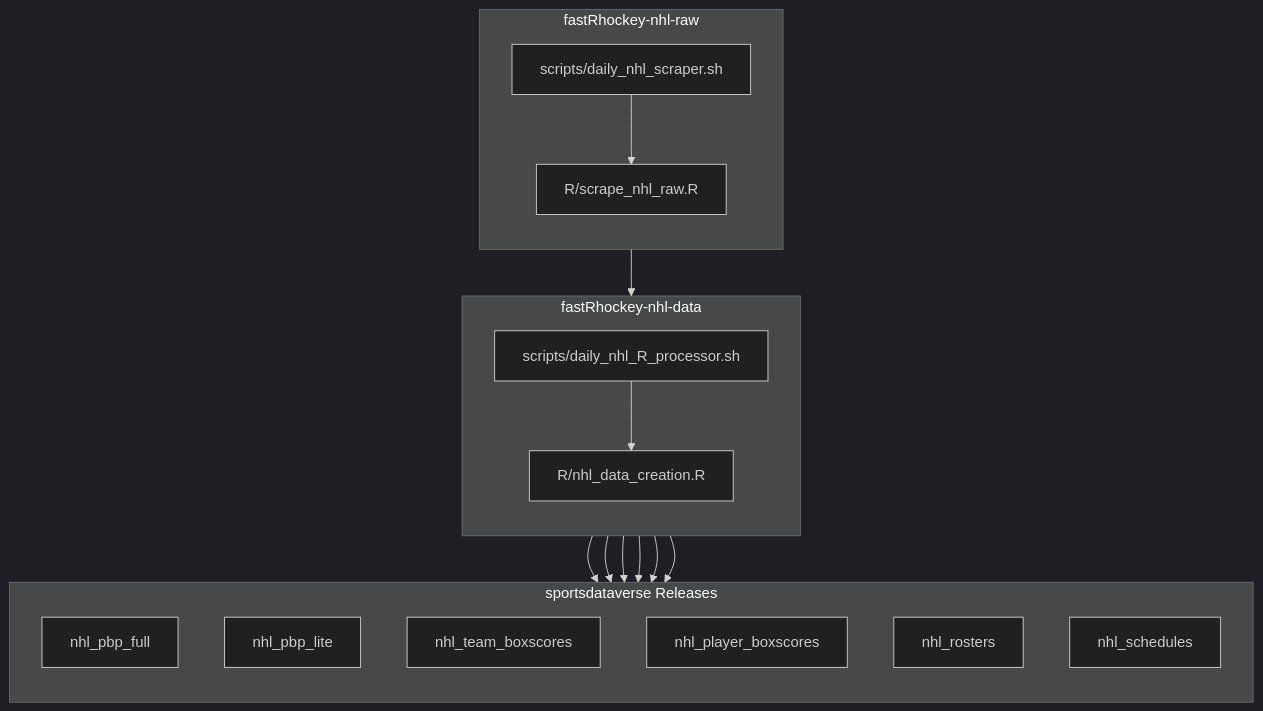
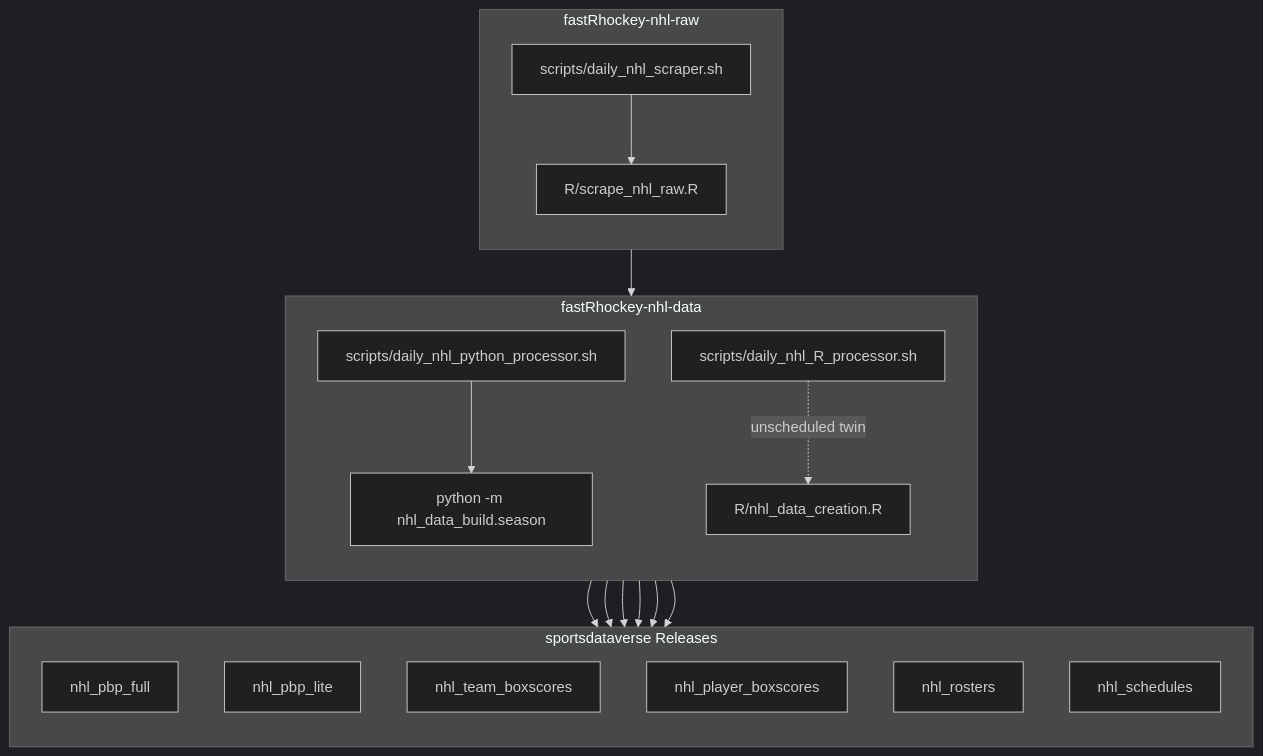
The second of 2 diagrams in README.md (sportsdataverse/fastRhockey-nhl-raw), drawn with Mermaid (dark theme) before and after one commit. The commit also changed other lines of this file, not shown here.

First line of the commit message:
docs: automation-status block + diagram currency per the data-repo README standard

````diff
--- a/README.md
+++ b/README.md
@@ -19,38 +19,39 @@
 ```mermaid
 flowchart TB;
     subgraph A[fastRhockey-nhl-raw];
         direction TB;
         A1[scripts/daily_nhl_scraper.sh]-->A2[R/scrape_nhl_raw.R];
     end;
 
     subgraph B[fastRhockey-nhl-data];
         direction TB;
-        B1[scripts/daily_nhl_R_processor.sh]-->B2[R/nhl_data_creation.R];
+        B1[scripts/daily_nhl_python_processor.sh]-->B2[python -m nhl_data_build.season];
+        B3[scripts/daily_nhl_R_processor.sh]-.unscheduled twin.->B4[R/nhl_data_creation.R];
     end;
 
     subgraph C[sportsdataverse Releases];
         direction TB;
         C1[nhl_pbp_full];
         C2[nhl_pbp_lite];
         C3[nhl_team_boxscores];
         C4[nhl_player_boxscores];
         C5[nhl_rosters];
         C6[nhl_schedules];
     end;
 
     A-->B;
     B-->C1;
     B-->C2;
     B-->C3;
     B-->C4;
     B-->C5;
     B-->C6;
 
     click C1 "https://github.com/sportsdataverse/sportsdataverse-data/releases/tag/nhl_pbp_full" _blank;
     click C2 "https://github.com/sportsdataverse/sportsdataverse-data/releases/tag/nhl_pbp_lite" _blank;
     click C3 "https://github.com/sportsdataverse/sportsdataverse-data/releases/tag/nhl_team_boxscores" _blank;
     click C4 "https://github.com/sportsdataverse/sportsdataverse-data/releases/tag/nhl_player_boxscores" _blank;
     click C5 "https://github.com/sportsdataverse/sportsdataverse-data/releases/tag/nhl_rosters" _blank;
     click C6 "https://github.com/sportsdataverse/sportsdataverse-data/releases/tag/nhl_schedules" _blank;
 
 ```
````
